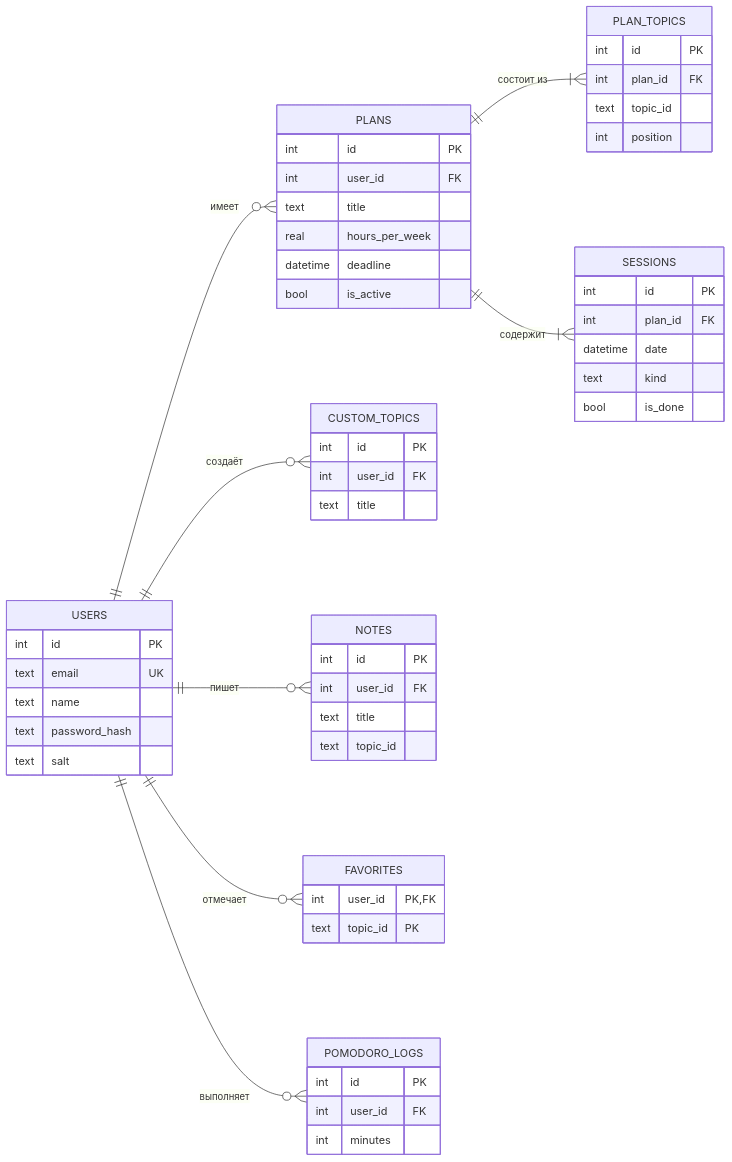
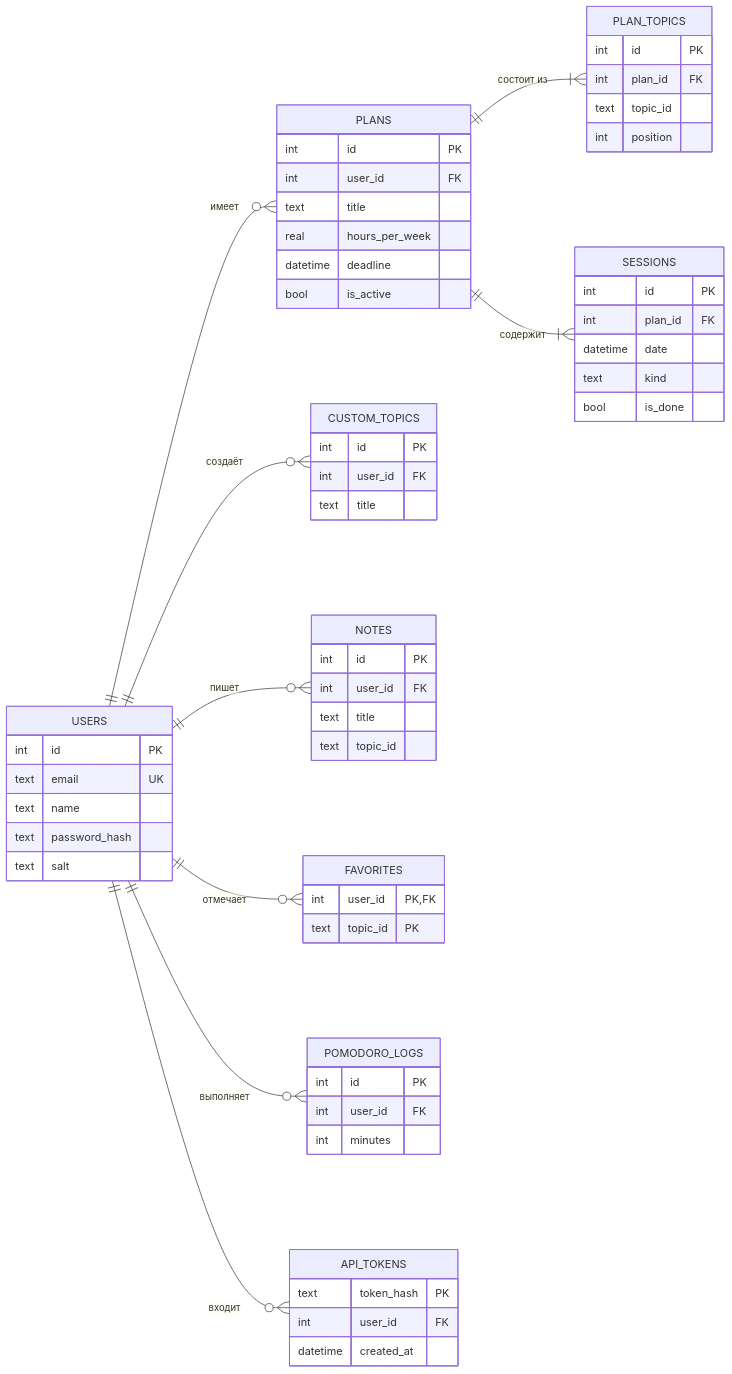
Before and after one commit to Barin5550/3_KURS_DIPLOMKA_BOBR_S: the second of 4 diagrams in docs/coursework/04_chapter2_practice.md, drawn with Mermaid. The commit also changed other lines of this file and 16 other files, not shown here.

````diff
--- a/docs/coursework/04_chapter2_practice.md
+++ b/docs/coursework/04_chapter2_practice.md
@@ -102,64 +107,70 @@
 ```mermaid
 ---
 config:
   themeCSS: ".edgeLabel, .edgeLabel p, .labelBkg { font-size: 16px; }"
 ---
 erDiagram
     direction LR
     USERS ||--o{ PLANS : "имеет"
     USERS ||--o{ CUSTOM_TOPICS : "создаёт"
     USERS ||--o{ NOTES : "пишет"
     USERS ||--o{ FAVORITES : "отмечает"
     USERS ||--o{ POMODORO_LOGS : "выполняет"
+    USERS ||--o{ API_TOKENS : "входит"
     PLANS ||--|{ PLAN_TOPICS : "состоит из"
     PLANS ||--|{ SESSIONS : "содержит"
 
     USERS {
         int id PK
         text email UK
         text name
         text password_hash
         text salt
     }
     PLANS {
         int id PK
         int user_id FK
         text title
         real hours_per_week
         datetime deadline
         bool is_active
     }
     PLAN_TOPICS {
         int id PK
         int plan_id FK
         text topic_id
         int position
     }
     SESSIONS {
         int id PK
         int plan_id FK
         datetime date
         text kind
         bool is_done
     }
     CUSTOM_TOPICS {
         int id PK
         int user_id FK
         text title
     }
     NOTES {
         int id PK
         int user_id FK
         text title
         text topic_id
     }
     FAVORITES {
         int user_id PK, FK
         text topic_id PK
     }
     POMODORO_LOGS {
         int id PK
         int user_id FK
         int minutes
     }
+    API_TOKENS {
+        text token_hash PK
+        int user_id FK
+        datetime created_at
+    }
 ```
````
